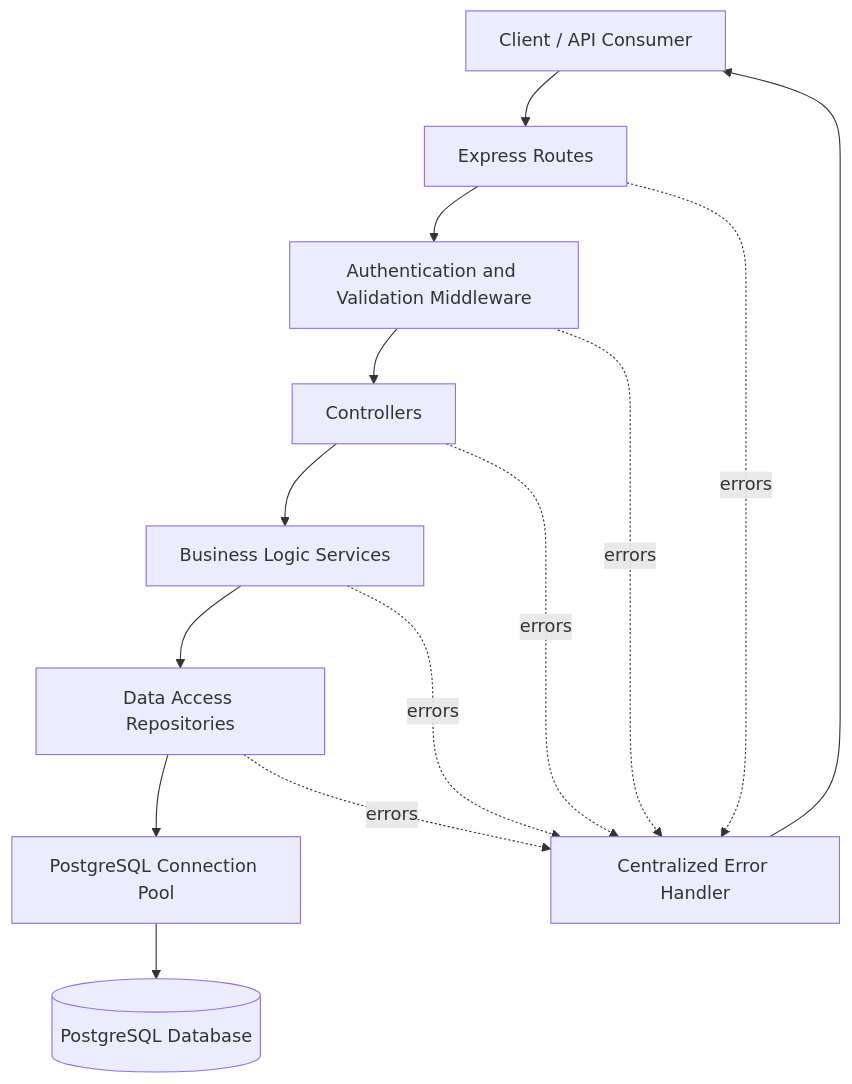
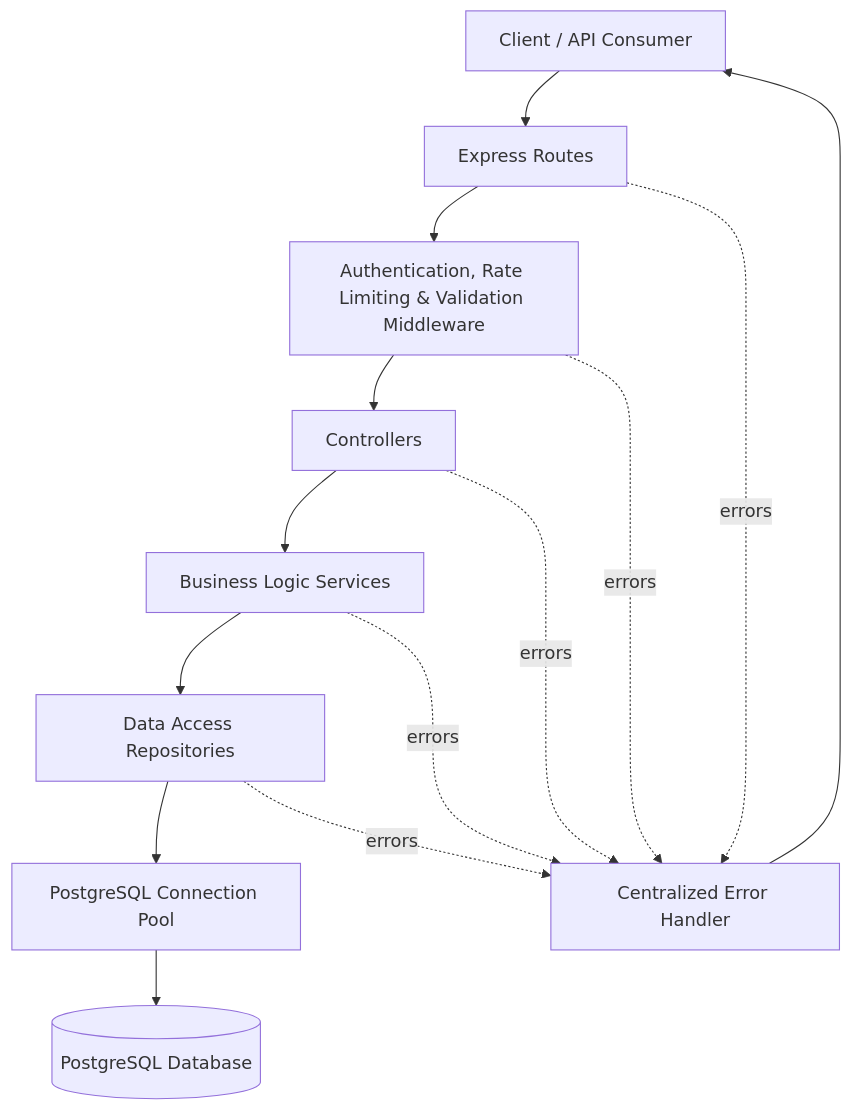
The first of 2 diagrams in README.md (adityasinghr651/Lab_Engineering), drawn with Mermaid before and after one commit. The commit also changed other lines of this file and 14 other files, not shown here.

Commit message:
docs(visuals): add animated architecture showcase and technical visual documentation

````diff
--- a/README.md
+++ b/README.md
@@ -101,27 +107,27 @@
 ```mermaid
 flowchart TD
     Client["Client / API Consumer"]
     Routes["Express Routes"]
-    Middleware["Authentication and Validation Middleware"]
+    Middleware["Authentication, Rate Limiting & Validation Middleware"]
     Controller["Controllers"]
     Service["Business Logic Services"]
     Repository["Data Access Repositories"]
     Pool["PostgreSQL Connection Pool"]
     DB[("PostgreSQL Database")]
     Errors["Centralized Error Handler"]
 
     Client --> Routes
     Routes --> Middleware
     Middleware --> Controller
     Controller --> Service
     Service --> Repository
     Repository --> Pool
     Pool --> DB
 
     Routes -. errors .-> Errors
     Middleware -. errors .-> Errors
     Controller -. errors .-> Errors
     Service -. errors .-> Errors
     Repository -. errors .-> Errors
     Errors --> Client
 ```
````
